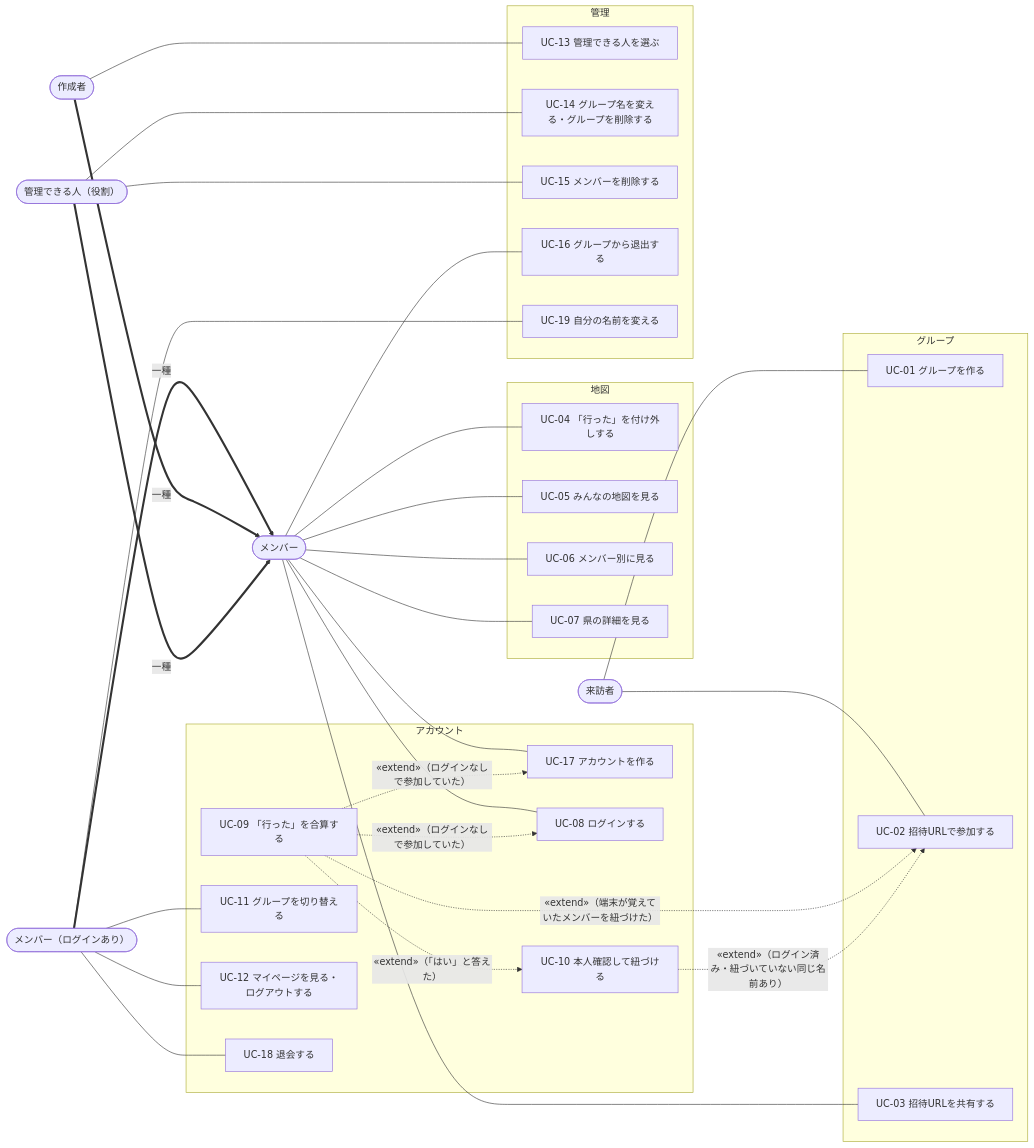
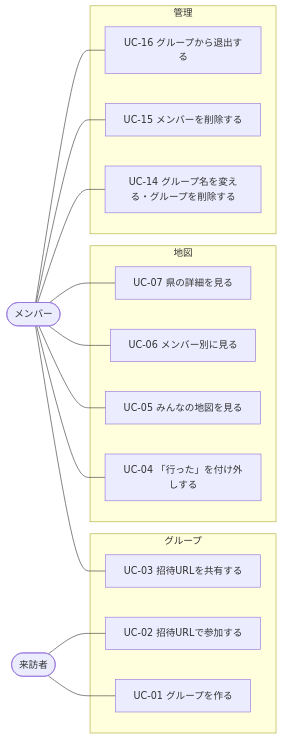
One commit to yuppy52/tabikaigi-map changed the diagram in docs/use-cases.md. Above: the diagram before and after it, drawn with Mermaid. The commit also changed other lines of this file and 24 other files, not shown here.

````diff
--- a/docs/use-cases.md
+++ b/docs/use-cases.md
@@ -21,63 +18,33 @@
 ```mermaid
 flowchart LR
   Visitor(["来訪者"])
   Member(["メンバー"])
-  Login(["メンバー（ログインあり）"])
-  Owner(["作成者"])
-  Admin(["管理できる人（役割）"])
-
-  Login == "一種" ==> Member
-  Owner == "一種" ==> Member
-  Admin == "一種" ==> Member
 
   subgraph G["グループ"]
     UC01["UC-01 グループを作る"]
     UC02["UC-02 招待URLで参加する"]
     UC03["UC-03 招待URLを共有する"]
   end
   subgraph M["地図"]
     UC04["UC-04 「行った」を付け外しする"]
     UC05["UC-05 みんなの地図を見る"]
     UC06["UC-06 メンバー別に見る"]
     UC07["UC-07 県の詳細を見る"]
   end
-  subgraph A["アカウント"]
-    UC17["UC-17 アカウントを作る"]
-    UC08["UC-08 ログインする"]
-    UC09["UC-09 「行った」を合算する"]
-    UC10["UC-10 本人確認して紐づける"]
-    UC11["UC-11 グループを切り替える"]
-    UC12["UC-12 マイページを見る・ログアウトする"]
-    UC18["UC-18 退会する"]
-  end
   subgraph S["管理"]
-    UC13["UC-13 管理できる人を選ぶ"]
     UC14["UC-14 グループ名を変える・グループを削除する"]
     UC15["UC-15 メンバーを削除する"]
     UC16["UC-16 グループから退出する"]
-    UC19["UC-19 自分の名前を変える"]
   end
 
   Visitor --- UC01
   Visitor --- UC02
   Member --- UC03
   Member --- UC04
   Member --- UC05
   Member --- UC06
   Member --- UC07
-  Member --- UC17
-  Member --- UC08
+  Member --- UC14
+  Member --- UC15
   Member --- UC16
-  Login --- UC11
-  Login --- UC12
-  Login --- UC18
-  Login --- UC19
-  Owner --- UC13
-  Admin --- UC14
-  Admin --- UC15
-  UC09 -. "«extend»（ログインなしで参加していた）" .-> UC08
-  UC09 -. "«extend»（ログインなしで参加していた）" .-> UC17
-  UC09 -. "«extend»（「はい」と答えた）" .-> UC10
-  UC09 -. "«extend»（端末が覚えていたメンバーを紐づけた）" .-> UC02
-  UC10 -. "«extend»（ログイン済み・紐づいていない同じ名前あり）" .-> UC02
 ```
````
